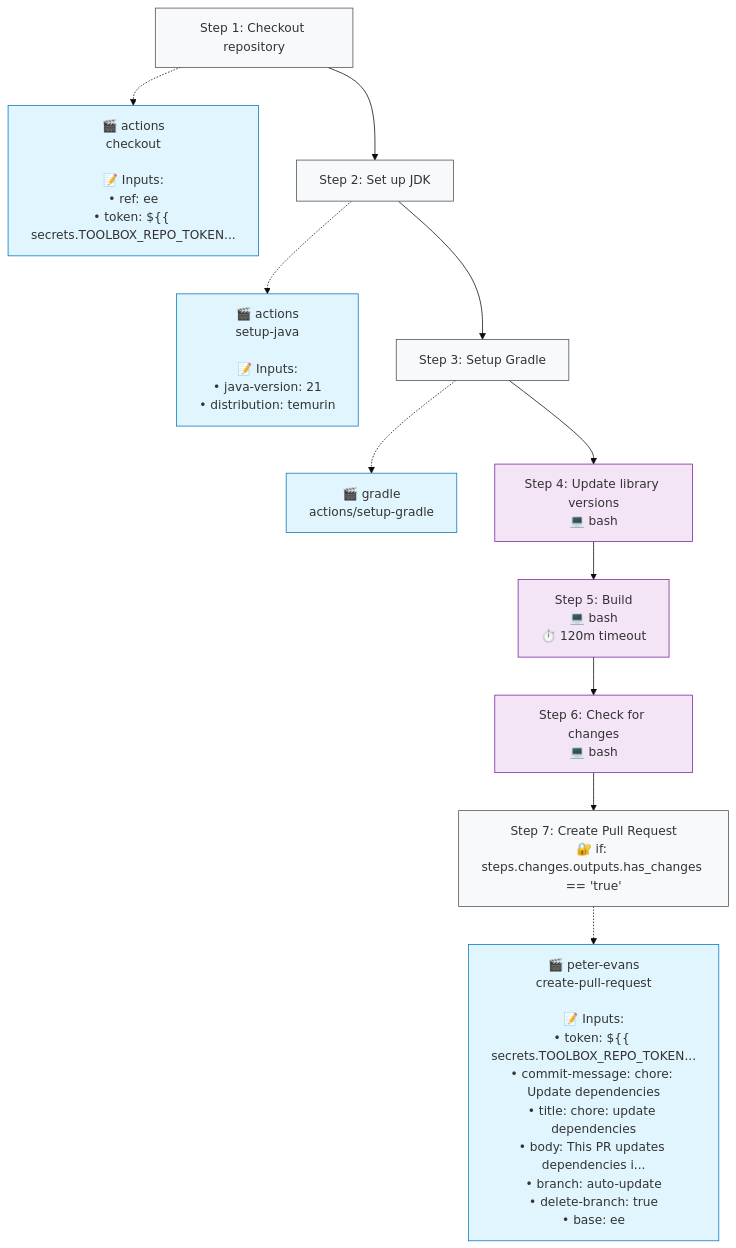
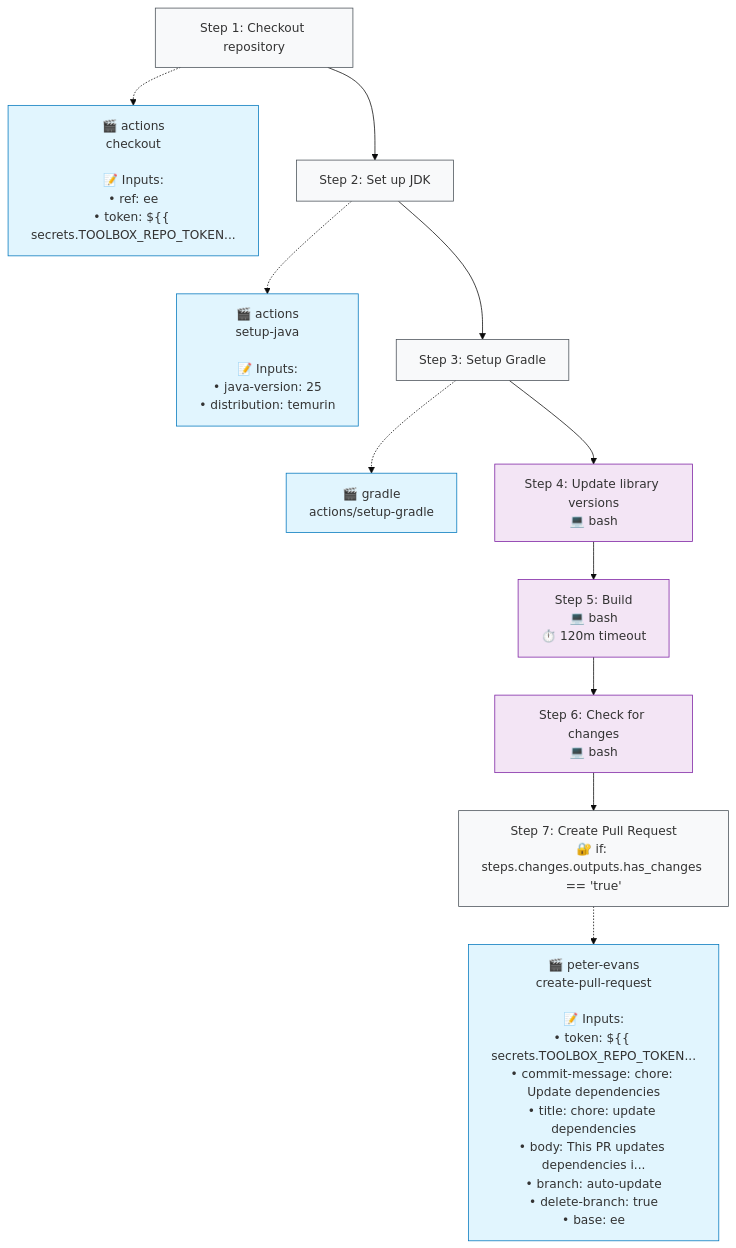
The second of 2 diagrams in .github/typeflows/update-dependencies/README.md (http4k/http4k), drawn with Mermaid (base theme) before and after one commit. The commit also changed 29 other files, not shown here.

````diff
--- a/.github/typeflows/update-dependencies/README.md
+++ b/.github/typeflows/update-dependencies/README.md
@@ -24,36 +24,36 @@
 ```mermaid
 %%{init: {"flowchart": {"curve": "basis"}}}%%
 flowchart TD
     step1["Step 1: Checkout repository"]
     style step1 fill:#f8f9fa,stroke:#495057
     action1["🎬 actions<br/>checkout<br/><br/>📝 Inputs:<br/>• ref: ee<br/>• token: ${{ secrets.TOOLBOX_REPO_TOKEN..."]
     style action1 fill:#e1f5fe,stroke:#0277bd
     step1 -.-> action1
     step2["Step 2: Set up JDK"]
     style step2 fill:#f8f9fa,stroke:#495057
-    action2["🎬 actions<br/>setup-java<br/><br/>📝 Inputs:<br/>• java-version: 21<br/>• distribution: temurin"]
+    action2["🎬 actions<br/>setup-java<br/><br/>📝 Inputs:<br/>• java-version: 25<br/>• distribution: temurin"]
     style action2 fill:#e1f5fe,stroke:#0277bd
     step2 -.-> action2
     step1 --> step2
     step3["Step 3: Setup Gradle"]
     style step3 fill:#f8f9fa,stroke:#495057
     action3["🎬 gradle<br/>actions/setup-gradle"]
     style action3 fill:#e1f5fe,stroke:#0277bd
     step3 -.-> action3
     step2 --> step3
     step4["Step 4: Update library versions<br/>💻 bash"]
     style step4 fill:#f3e5f5,stroke:#7b1fa2
     step3 --> step4
     step5["Step 5: Build<br/>💻 bash<br/>⏱️ 120m timeout"]
     style step5 fill:#f3e5f5,stroke:#7b1fa2
     step4 --> step5
     step6["Step 6: Check for changes<br/>💻 bash"]
     style step6 fill:#f3e5f5,stroke:#7b1fa2
     step5 --> step6
     step7["Step 7: Create Pull Request<br/>🔐 if: steps.changes.outputs.has_changes == 'true'"]
     style step7 fill:#f8f9fa,stroke:#495057
     action7["🎬 peter-evans<br/>create-pull-request<br/><br/>📝 Inputs:<br/>• token: ${{ secrets.TOOLBOX_REPO_TOKEN...<br/>• commit-message: chore: Update dependencies<br/>• title: chore: update dependencies<br/>• body: This PR updates dependencies i...<br/>• branch: auto-update<br/>• delete-branch: true<br/>• base: ee"]
     style action7 fill:#e1f5fe,stroke:#0277bd
     step7 -.-> action7
     step6 --> step7
 ```
````
